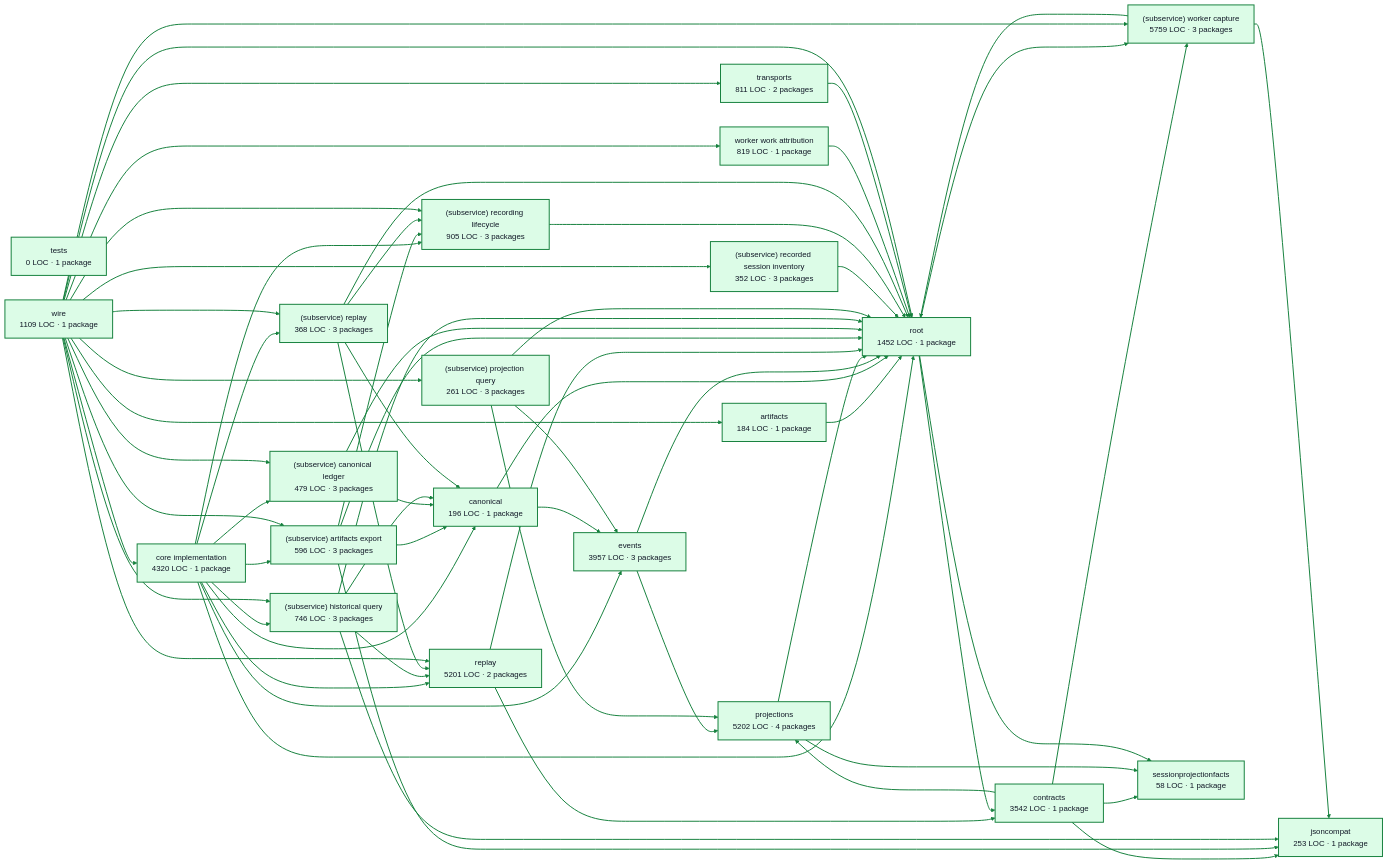
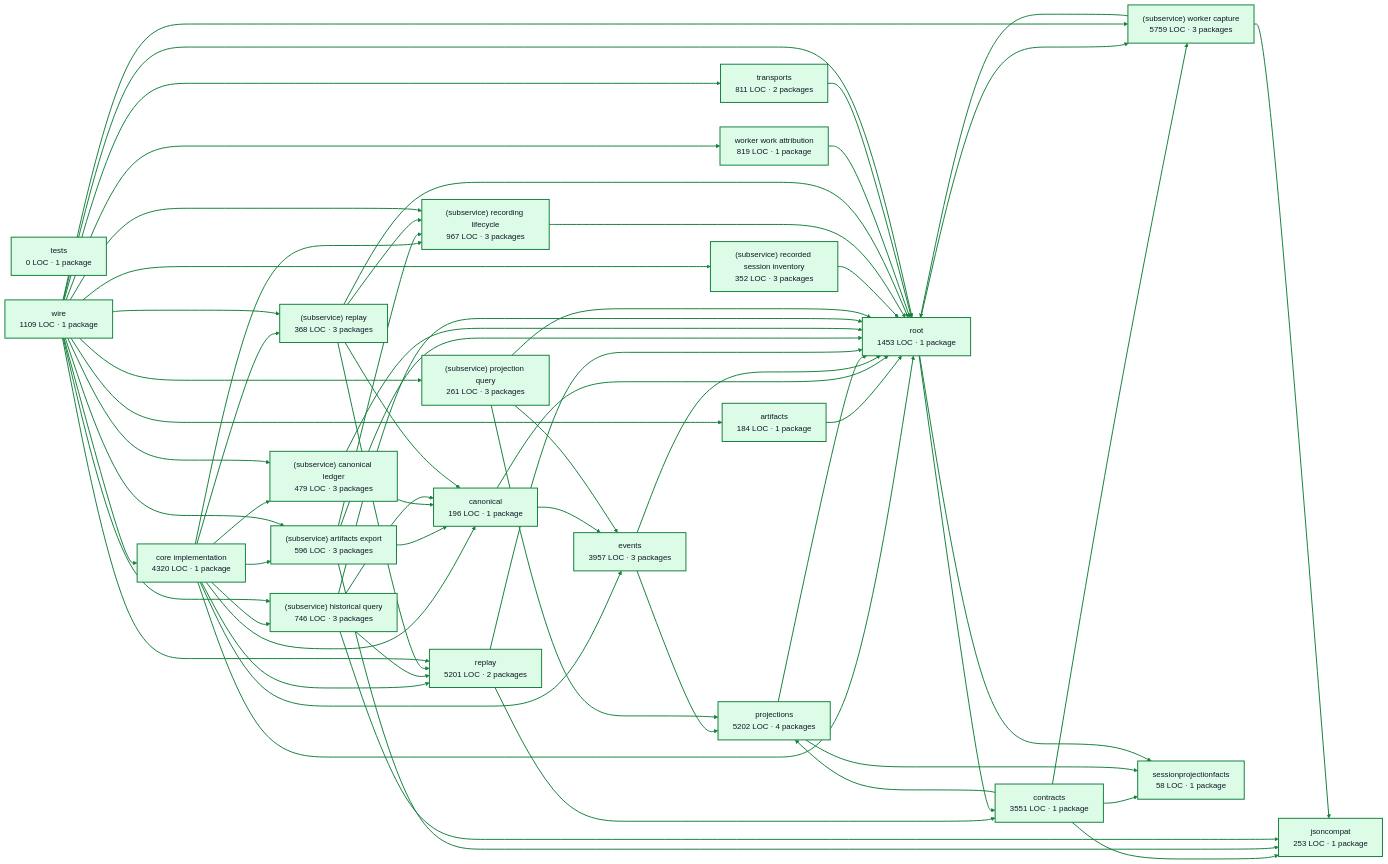
Before and after one commit to portpowered/you-agent-factory: the diagram in docs/architecture/visualizations/services/recordings.md, drawn with Mermaid. The commit also changed other lines of this file and 21 other files, not shown here.

Commit message:
docs: refresh backend architecture visualizations

```diff
--- a/docs/architecture/visualizations/services/recordings.md
+++ b/docs/architecture/visualizations/services/recordings.md
@@ -13,7 +13,7 @@
   p0["core implementation<br/>4320 LOC · 1 package"]
   p1["artifacts<br/>184 LOC · 1 package"]
   p2["canonical<br/>196 LOC · 1 package"]
-  p3["contracts<br/>3542 LOC · 1 package"]
+  p3["contracts<br/>3551 LOC · 1 package"]
   p4["events<br/>3957 LOC · 3 packages"]
   p5["jsoncompat<br/>253 LOC · 1 package"]
   p6["projections<br/>5202 LOC · 4 packages"]
@@ -23,13 +23,13 @@
   p10["(subservice) historical query<br/>746 LOC · 3 packages"]
   p11["(subservice) projection query<br/>261 LOC · 3 packages"]
   p12["(subservice) recorded session inventory<br/>352 LOC · 3 packages"]
-  p13["(subservice) recording lifecycle<br/>905 LOC · 3 packages"]
+  p13["(subservice) recording lifecycle<br/>967 LOC · 3 packages"]
   p14["(subservice) replay<br/>368 LOC · 3 packages"]
   p15["(subservice) worker capture<br/>5759 LOC · 3 packages"]
   p16["sessionprojectionfacts<br/>58 LOC · 1 package"]
   p17["tests<br/>0 LOC · 1 package"]
   p18["worker work attribution<br/>819 LOC · 1 package"]
-  p19["root<br/>1452 LOC · 1 package"]
+  p19["root<br/>1453 LOC · 1 package"]
   p20["transports<br/>811 LOC · 2 packages"]
   p21["wire<br/>1109 LOC · 1 package"]
   p0 --> p2
```
